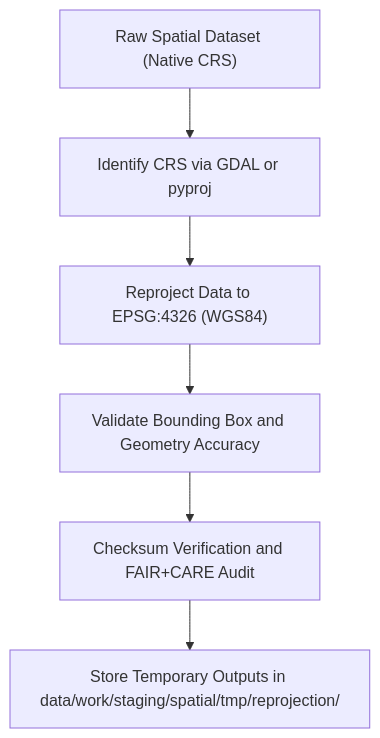
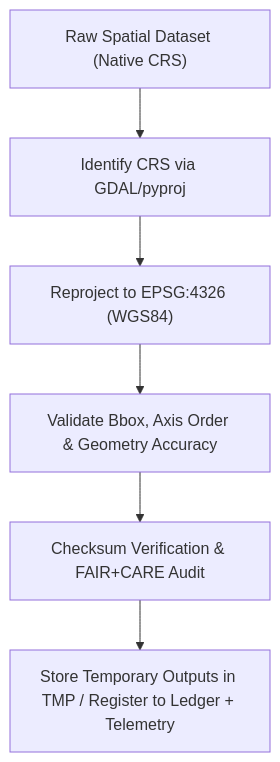
The diagram in data/work/staging/spatial/tmp/reprojection/README.md (bartytime4life/Kansas-Frontier-Matrix), drawn with Mermaid before and after one commit. The commit also changed other lines of this file, not shown here.

````diff
--- a/data/work/staging/spatial/tmp/reprojection/README.md
+++ b/data/work/staging/spatial/tmp/reprojection/README.md
@@ -61,8 +67,8 @@
 ```mermaid
 flowchart TD
-    A["Raw Spatial Dataset (Native CRS)"] --> B["Identify CRS via GDAL or pyproj"]
-    B --> C["Reproject Data to EPSG:4326 (WGS84)"]
-    C --> D["Validate Bounding Box and Geometry Accuracy"]
-    D --> E["Checksum Verification and FAIR+CARE Audit"]
-    E --> F["Store Temporary Outputs in data/work/staging/spatial/tmp/reprojection/"]
+    A["Raw Spatial Dataset (Native CRS)"] --> B["Identify CRS via GDAL/pyproj"]
+    B --> C["Reproject to EPSG:4326 (WGS84)"]
+    C --> D["Validate Bbox, Axis Order & Geometry Accuracy"]
+    D --> E["Checksum Verification & FAIR+CARE Audit"]
+    E --> F["Store Temporary Outputs in TMP / Register to Ledger + Telemetry"]
 ```
````
